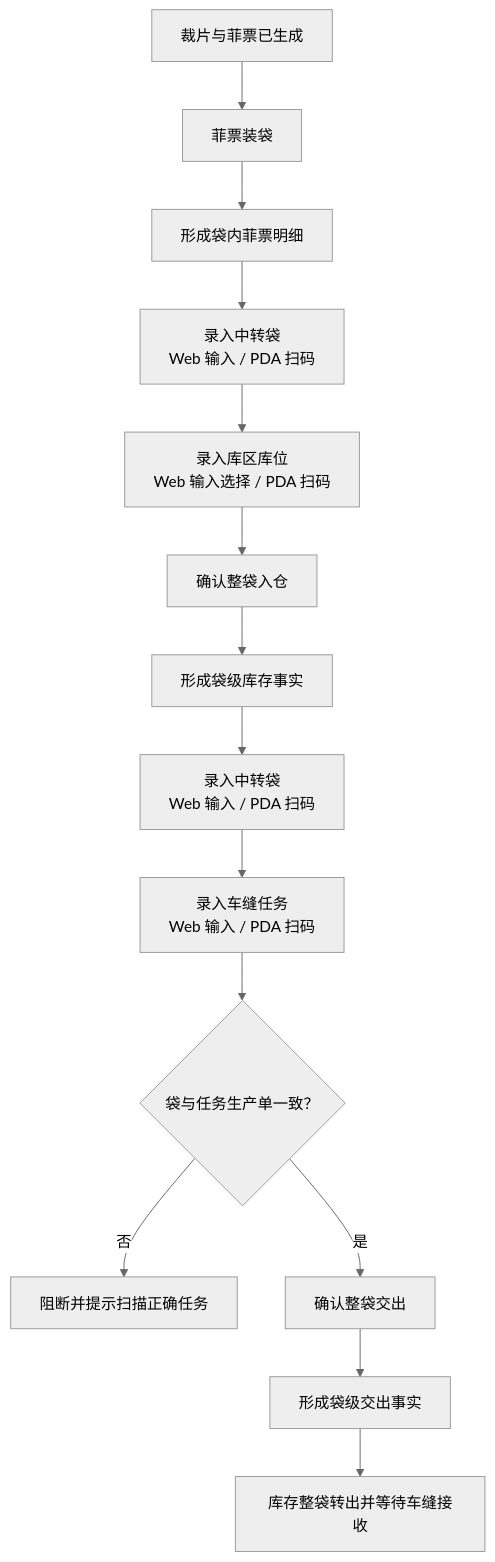
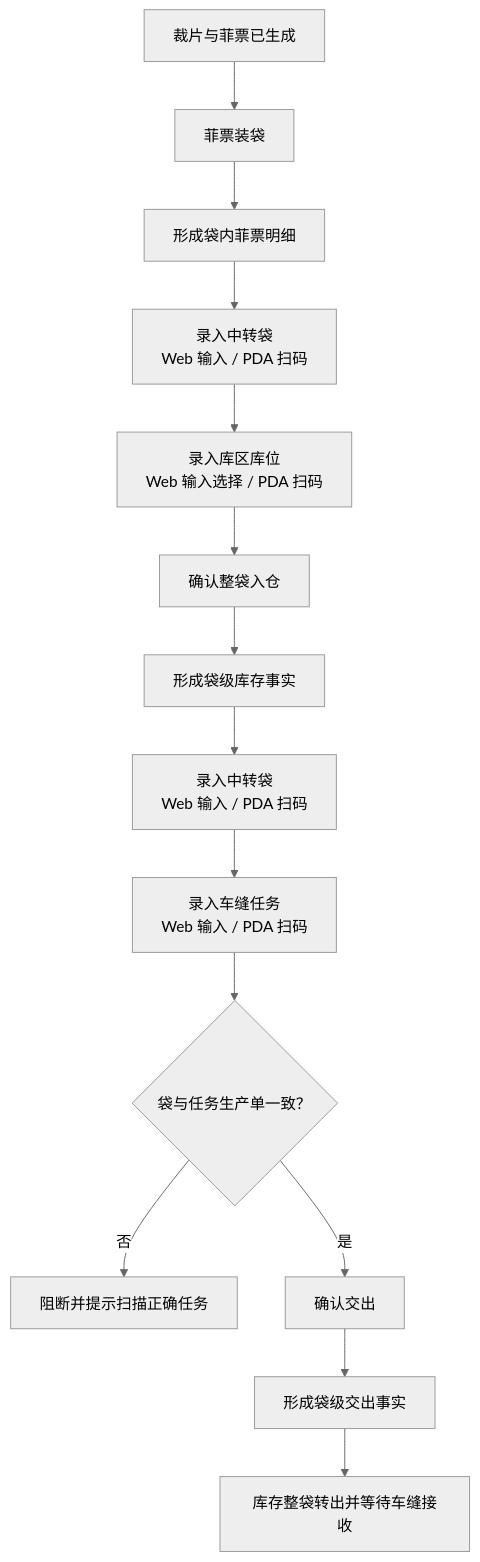
Before and after one commit to laoertongxue/higoods: the second of 2 diagrams in docs/superpowers/specs/2026-07-27-cutting-transfer-bag-whole-flow-design.md, drawn with Mermaid (neutral theme). The commit also changed other lines of this file, not shown here.

````diff
--- a/docs/superpowers/specs/2026-07-27-cutting-transfer-bag-whole-flow-design.md
+++ b/docs/superpowers/specs/2026-07-27-cutting-transfer-bag-whole-flow-design.md
@@ -121,16 +129,16 @@
 ```mermaid
 flowchart TD
   A["裁片与菲票已生成"] --> B["菲票装袋"]
   B --> C["形成袋内菲票明细"]
   C --> D["录入中转袋<br/>Web 输入 / PDA 扫码"]
   D --> E["录入库区库位<br/>Web 输入选择 / PDA 扫码"]
   E --> F["确认整袋入仓"]
   F --> G["形成袋级库存事实"]
   G --> H["录入中转袋<br/>Web 输入 / PDA 扫码"]
   H --> I["录入车缝任务<br/>Web 输入 / PDA 扫码"]
   I --> J{"袋与任务生产单一致？"}
   J -->|否| K["阻断并提示扫描正确任务"]
-  J -->|是| L["确认整袋交出"]
+  J -->|是| L["确认交出"]
   L --> M["形成袋级交出事实"]
   M --> N["库存整袋转出并等待车缝接收"]
 ```
````
